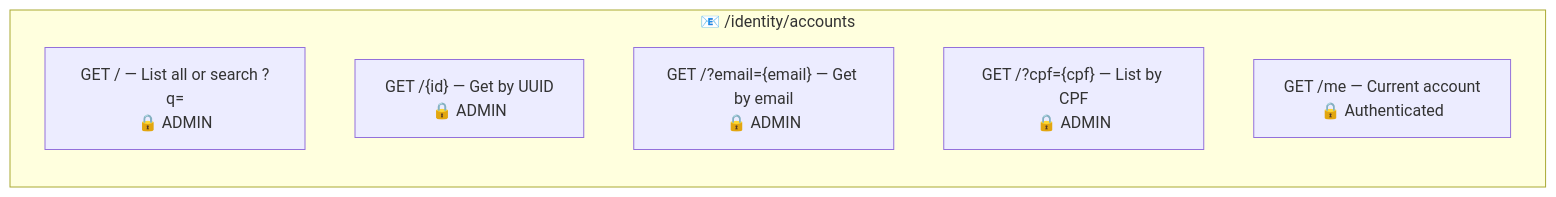
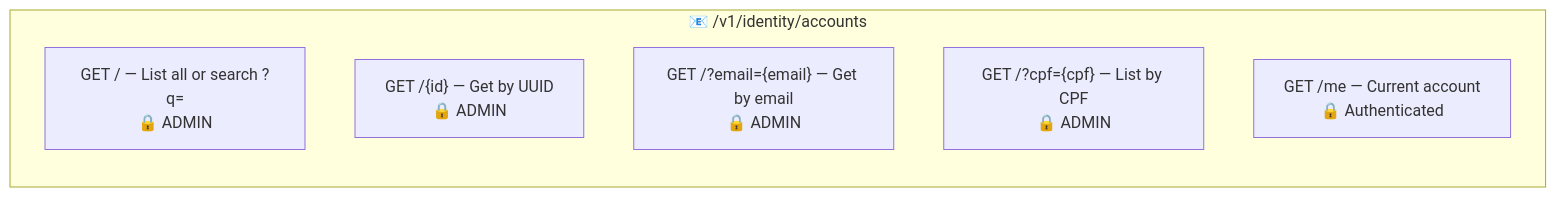
The fourth of 7 diagrams in src/main/java/br/org/catolicasc/pug/identity/README.md (Plataforma-Universidade-Gratuita/pug-service), drawn with Mermaid before and after one commit. The commit also changed other lines of this file and 137 other files, not shown here.

````diff
--- a/src/main/java/br/org/catolicasc/pug/identity/README.md
+++ b/src/main/java/br/org/catolicasc/pug/identity/README.md
@@ -122,11 +122,11 @@
 ```mermaid
 graph LR
-    subgraph Accounts["📧 /identity/accounts"]
+    subgraph Accounts["📧 /v1/identity/accounts"]
         direction TB
         GET_LIST["GET / — List all or search ?q=<br/>🔒 ADMIN"]
         GET_ID["GET /{id} — Get by UUID<br/>🔒 ADMIN"]
         GET_EMAIL["GET /?email={email} — Get by email<br/>🔒 ADMIN"]
         GET_CPF["GET /?cpf={cpf} — List by CPF<br/>🔒 ADMIN"]
         GET_ME["GET /me — Current account<br/>🔒 Authenticated"]
     end
 ```
````
